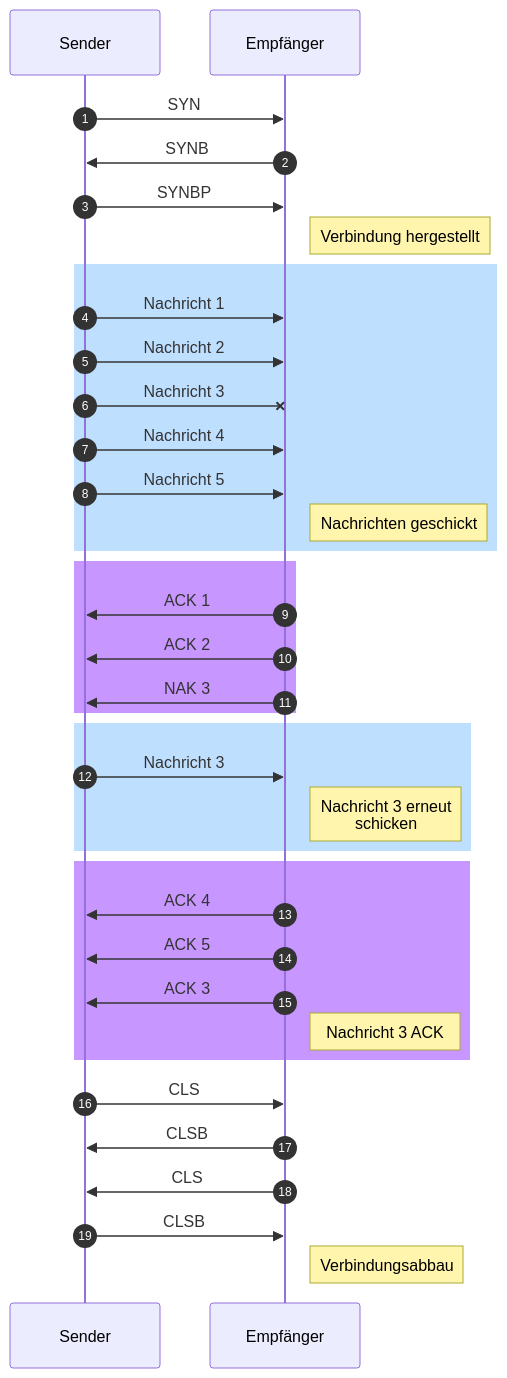
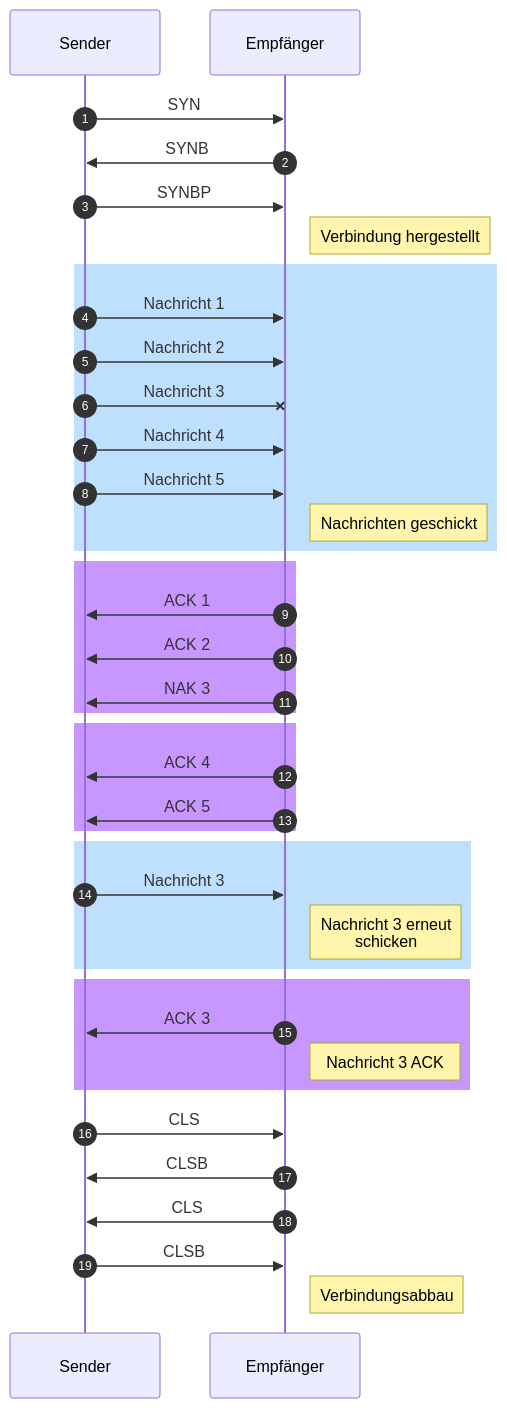
Before and after one commit to noluyorAbi/quartzDeployment: the third of 5 diagrams in content/4.Semester/Informatik/RNVS/RNVS-Übungblätter/ÜB 06/RNVS-Blatt-06.md, drawn with Mermaid. The commit also changed other lines of this file and 3 other files, not shown here.

````diff
--- a/content/4.Semester/Informatik/RNVS/RNVS-Übungblätter/ÜB 06/RNVS-Blatt-06.md
+++ b/content/4.Semester/Informatik/RNVS/RNVS-Übungblätter/ÜB 06/RNVS-Blatt-06.md
@@ -404,47 +412,48 @@
 ```mermaid
 sequenceDiagram
     autonumber
     participant S as Sender
     participant E as Empfänger
 
     S->>E: SYN
     E->>S: SYNB
     S->>E: SYNBP
 
     note right of E: Verbindung hergestellt
 
     rect rgb(191, 223, 255)
         S->>E: Nachricht 1
         S->>E: Nachricht 2
         S-xE: Nachricht 3
         S->>E: Nachricht 4
         S->>E: Nachricht 5
         note right of E: Nachrichten geschickt
     end
 
     rect rgb(200, 150, 255)
         E->>S: ACK 1
         E->>S: ACK 2
         E->>S: NAK 3
     end
 
+    rect rgb(200, 150, 255)
+        E->>S: ACK 4
+        E->>S: ACK 5
+    end
     rect rgb(191, 223, 255)
         S->>E: Nachricht 3
         note right of E: Nachricht 3 erneut <br/> schicken
     end
-
     rect rgb(200, 150, 255)
-        E->>S: ACK 4
-        E->>S: ACK 5
         E->>S: ACK 3
         note right of E: Nachricht 3 ACK
-    end
+	end
 
 
     S->>E: CLS
     E->>S: CLSB
     E->>S: CLS
     S->>E: CLSB
     note right of E: Verbindungsabbau
 
 ```
````
